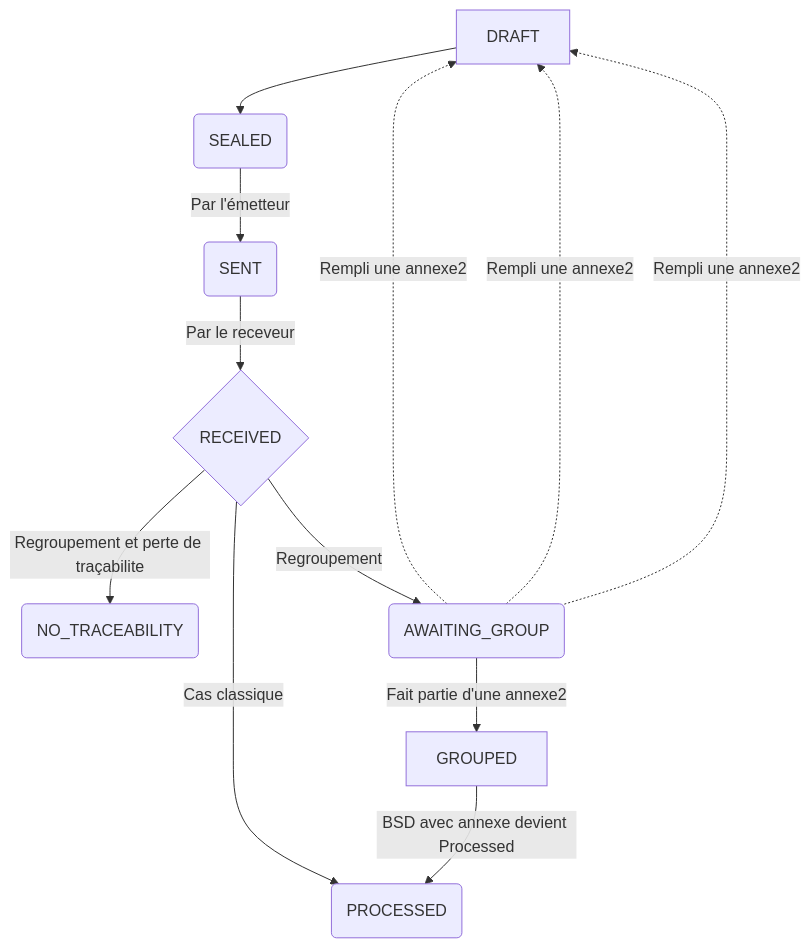
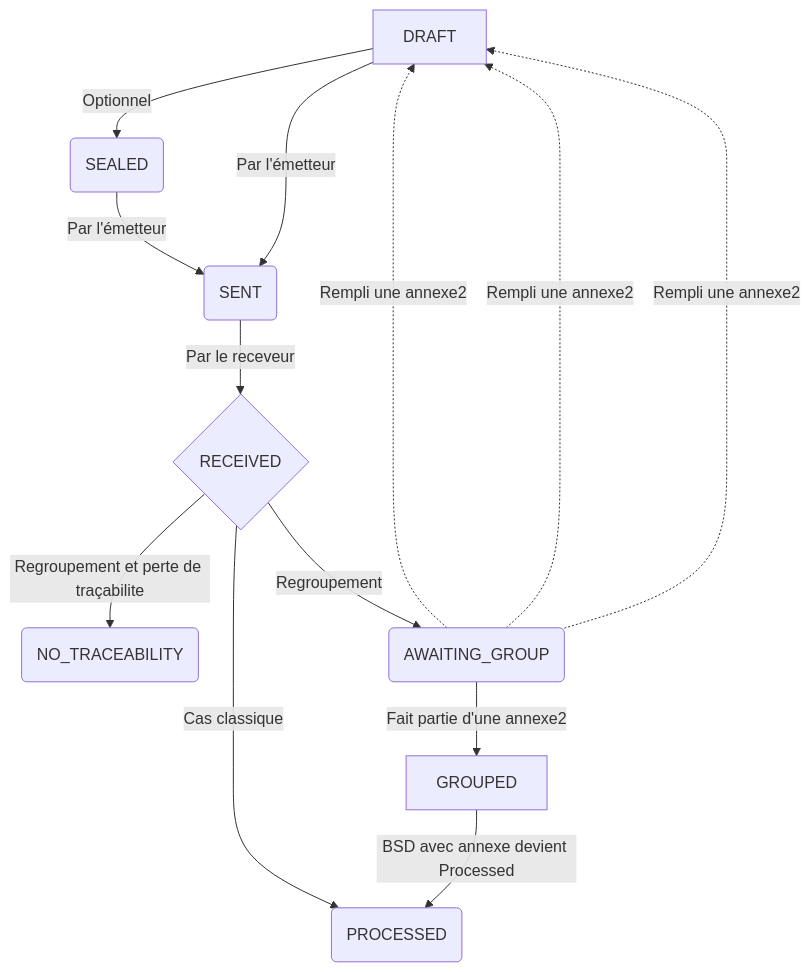
Before and after one commit to MTES-MCT/trackdechets: the diagram in documentation/docs/workflow.md, drawn with Mermaid. The commit also changed other lines of this file, not shown here.

```diff
--- a/documentation/docs/workflow.md
+++ b/documentation/docs/workflow.md
@@ -8,14 +8,15 @@
 <div class="mermaid">
 graph TD
-A[DRAFT] -->B(SEALED)
+A[DRAFT] -->|Optionnel| B(SEALED)
 B --> |Par l'émetteur| C(SENT)
+A --> |Par l'émetteur| C
 C -->|Par le receveur| D{RECEIVED}
 D -- Cas classique -->E(PROCESSED)
 D -- Regroupement et perte de traçabilite -->G(NO_TRACEABILITY)
 D -- Regroupement -->F(AWAITING_GROUP)
 F-. Rempli une annexe2 .->A
 F-. Rempli une annexe2 .->A
 F-. Rempli une annexe2 .->A
 F--Fait partie d'une annexe2 -->H[GROUPED]
 H--BSD avec annexe devient Processed -->E
 </div>
```
